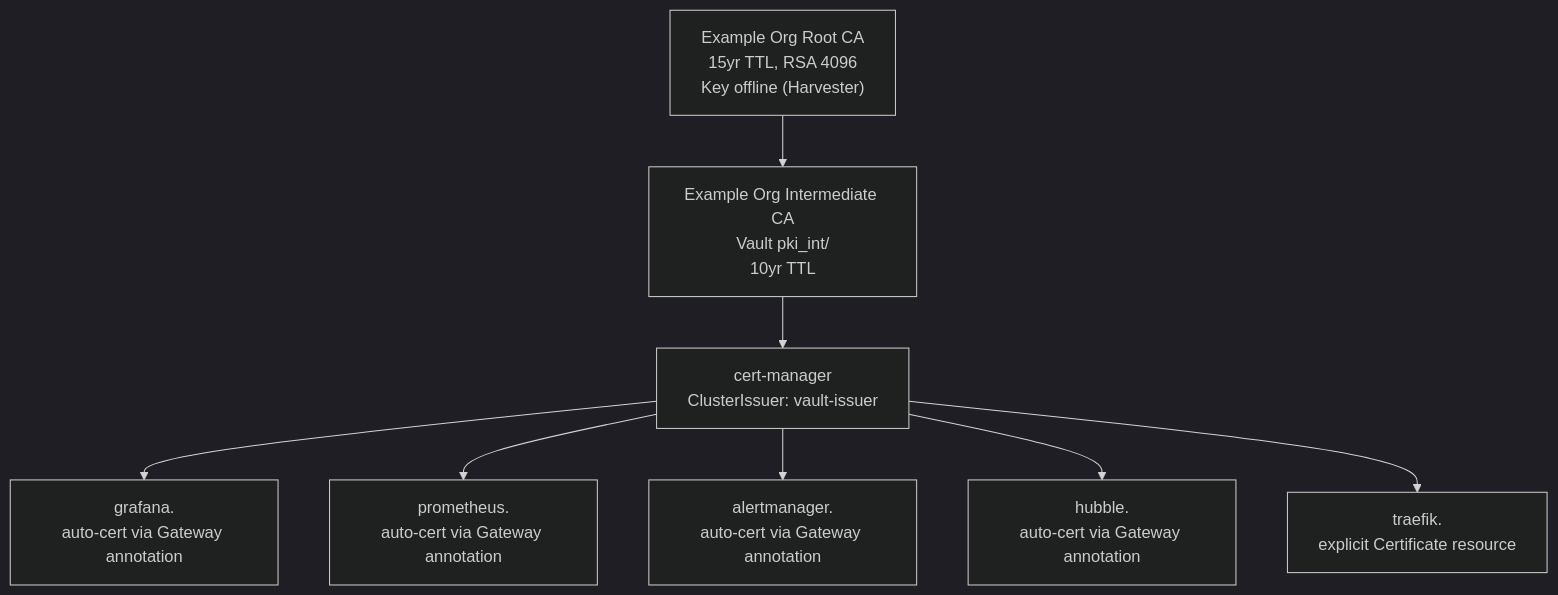
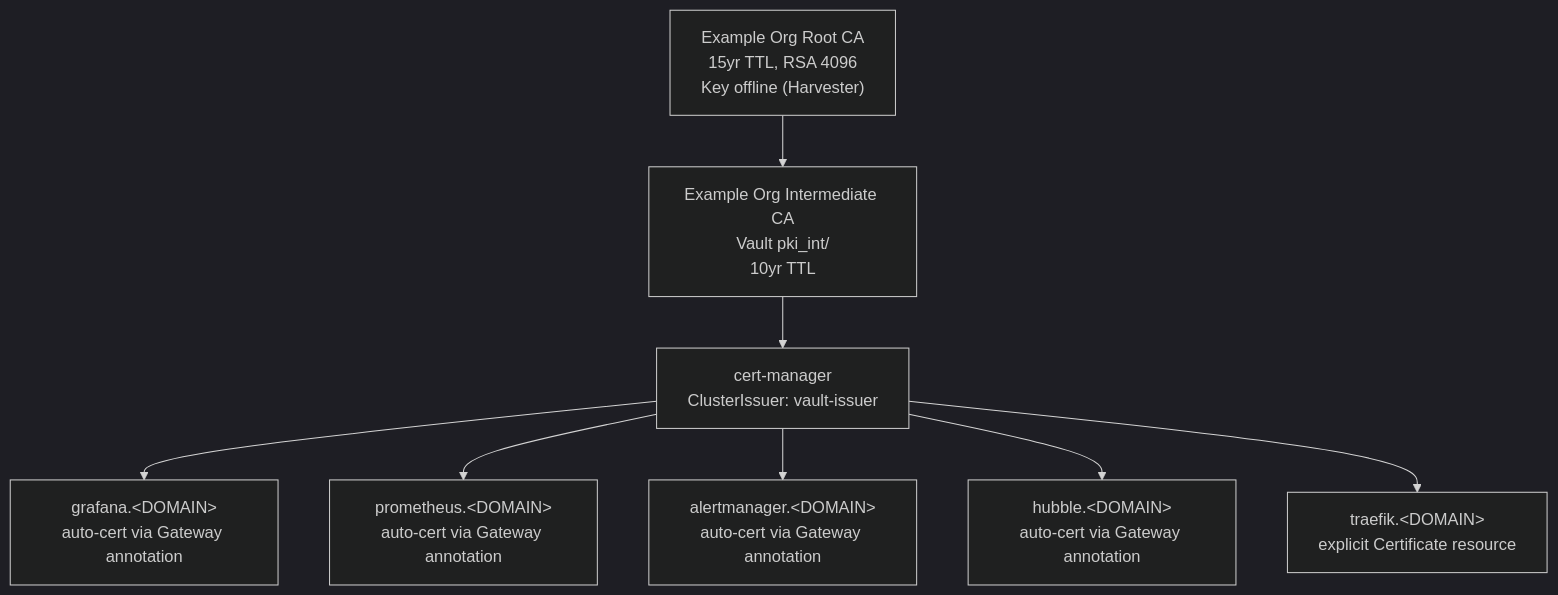
Before and after one commit to derhornspieler/harvester-rke2-platform: the fifth of 5 diagrams in docs/engineering/monitoring-observability.md, drawn with Mermaid (dark theme). The commit also changed 127 other files, not shown here.

````diff
--- a/docs/engineering/monitoring-observability.md
+++ b/docs/engineering/monitoring-observability.md
@@ -832,20 +832,20 @@
 ```mermaid
 graph TD
     RootCA["Example Org Root CA<br/>15yr TTL, RSA 4096<br/>Key offline (Harvester)"]
     IntermediateCA["Example Org Intermediate CA<br/>Vault pki_int/<br/>10yr TTL"]
     CertManager["cert-manager<br/>ClusterIssuer: vault-issuer"]
 
-    GrafanaCert["grafana.<DOMAIN><br/>auto-cert via Gateway annotation"]
-    PrometheusCert["prometheus.<DOMAIN><br/>auto-cert via Gateway annotation"]
-    AlertmanagerCert["alertmanager.<DOMAIN><br/>auto-cert via Gateway annotation"]
-    HubbleCert["hubble.<DOMAIN><br/>auto-cert via Gateway annotation"]
-    TraefikCert["traefik.<DOMAIN><br/>explicit Certificate resource"]
+    GrafanaCert["grafana.&lt;DOMAIN&gt;<br/>auto-cert via Gateway annotation"]
+    PrometheusCert["prometheus.&lt;DOMAIN&gt;<br/>auto-cert via Gateway annotation"]
+    AlertmanagerCert["alertmanager.&lt;DOMAIN&gt;<br/>auto-cert via Gateway annotation"]
+    HubbleCert["hubble.&lt;DOMAIN&gt;<br/>auto-cert via Gateway annotation"]
+    TraefikCert["traefik.&lt;DOMAIN&gt;<br/>explicit Certificate resource"]
 
     RootCA --> IntermediateCA
     IntermediateCA --> CertManager
     CertManager --> GrafanaCert
     CertManager --> PrometheusCert
     CertManager --> AlertmanagerCert
     CertManager --> HubbleCert
     CertManager --> TraefikCert
 ```
````
